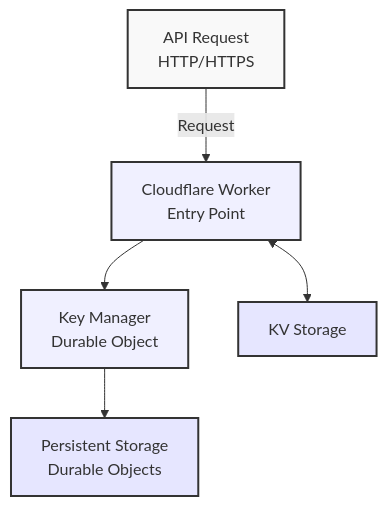
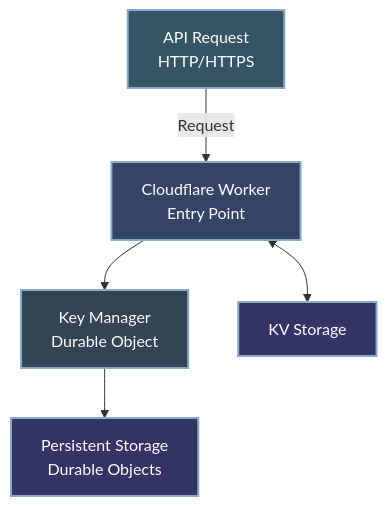
One commit to erfianugrah/api-gateway-workers changed the first of 7 diagrams in docs/ARCHITECTURE.md. Above: the diagram before and after it, drawn with Mermaid. The commit also changed other lines of this file and 1 other file, not shown here.

````diff
--- a/docs/ARCHITECTURE.md
+++ b/docs/ARCHITECTURE.md
@@ -9,13 +9,13 @@
 ```mermaid
 flowchart TB
     A[API Request\nHTTP/HTTPS] -->|Request| B[Cloudflare Worker\nEntry Point]
     B --> C[Key Manager\nDurable Object]
     C --> D[Persistent Storage\nDurable Objects]
     B <--> E[KV Storage]
     
-    style A fill:#f9f9f9,stroke:#333,stroke-width:2px
-    style B fill:#f0f0ff,stroke:#333,stroke-width:2px
-    style C fill:#f0f0ff,stroke:#333,stroke-width:2px
-    style D fill:#e6e6ff,stroke:#333,stroke-width:2px
-    style E fill:#e6e6ff,stroke:#333,stroke-width:2px
+    style A fill:#335566,stroke:#88aacc,stroke-width:2px,color:#ffffff
+    style B fill:#334466,stroke:#88aacc,stroke-width:2px,color:#ffffff
+    style C fill:#334455,stroke:#88aacc,stroke-width:2px,color:#ffffff
+    style D fill:#333366,stroke:#88aacc,stroke-width:2px,color:#ffffff
+    style E fill:#333366,stroke:#88aacc,stroke-width:2px,color:#ffffff
 ```
````
